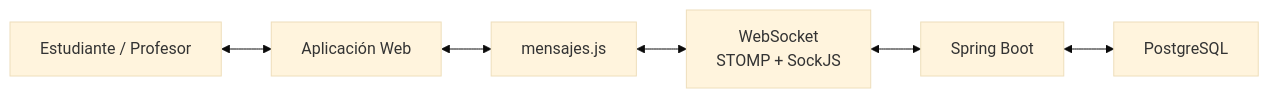
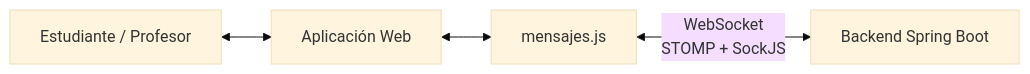
Before and after one commit to pinzon0930-boop/NEVI: the sixth of 10 diagrams in dossier/08-c4-Trazabilidad.md, drawn with Mermaid (base theme). The commit also changed other lines of this file, not shown here.

````diff
--- a/dossier/08-c4-Trazabilidad.md
+++ b/dossier/08-c4-Trazabilidad.md
@@ -273,15 +303,12 @@
 ```mermaid
 flowchart LR
+
     U["Estudiante / Profesor"]
     FE["Aplicación Web"]
     MSG["mensajes.js"]
-    WS["WebSocket<br/>STOMP + SockJS"]
-    BE["Spring Boot"]
-    DB["PostgreSQL"]
+    BE["Backend Spring Boot"]
 
     U <--> FE
     FE <--> MSG
-    MSG <--> WS
-    WS <--> BE
-    BE <--> DB
+    MSG <-->|"WebSocket<br/>STOMP + SockJS"| BE
 ```
````
